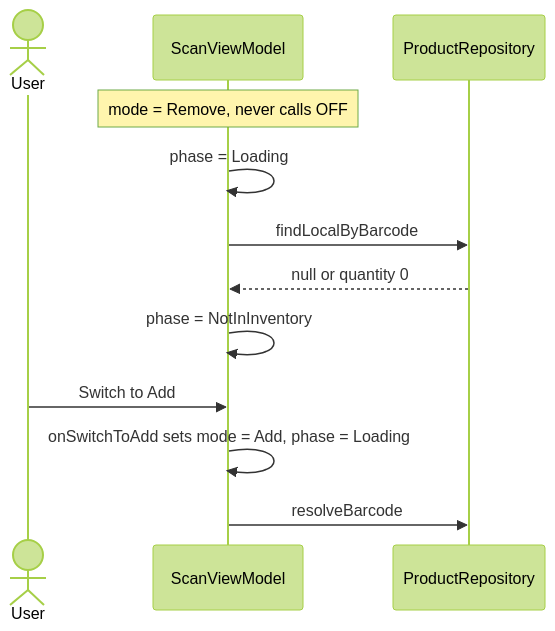
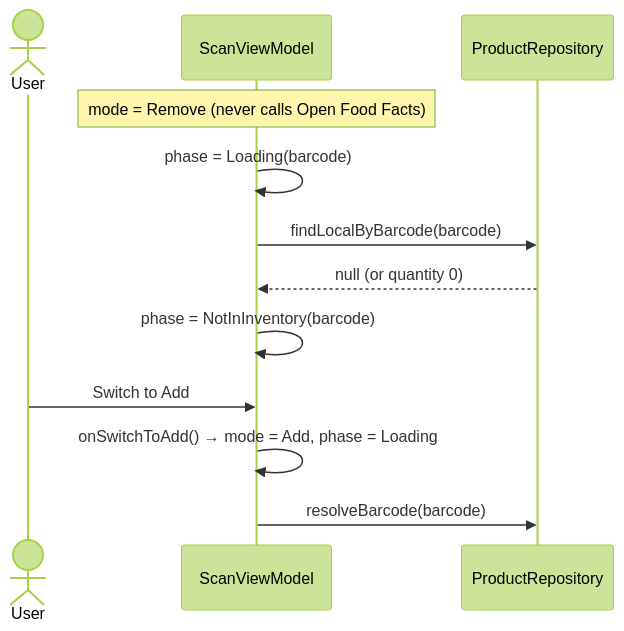
Before and after one commit to DocGerd/pantry-tracker: the second of 5 diagrams in docs/architecture/06-runtime-view.md, drawn with Mermaid (forest theme). The commit also changed other lines of this file, not shown here.

First line of the commit message:
docs(223): restore rich method(args) labels in 06 sequence diagrams

````diff
--- a/docs/architecture/06-runtime-view.md
+++ b/docs/architecture/06-runtime-view.md
@@ -68,14 +68,14 @@
 ```mermaid
 sequenceDiagram
     actor User
     participant VM as ScanViewModel
     participant Repo as ProductRepository
-    Note over VM: mode = Remove, never calls OFF
-    VM->>VM: phase = Loading
-    VM->>Repo: findLocalByBarcode
-    Repo-->>VM: null or quantity 0
-    VM->>VM: phase = NotInInventory
+    Note over VM: mode = Remove (never calls Open Food Facts)
+    VM->>VM: phase = Loading(barcode)
+    VM->>Repo: findLocalByBarcode(barcode)
+    Repo-->>VM: null (or quantity 0)
+    VM->>VM: phase = NotInInventory(barcode)
     User->>VM: Switch to Add
-    VM->>VM: onSwitchToAdd sets mode = Add, phase = Loading
-    VM->>Repo: resolveBarcode
+    VM->>VM: onSwitchToAdd() → mode = Add, phase = Loading
+    VM->>Repo: resolveBarcode(barcode)
 ```
````
